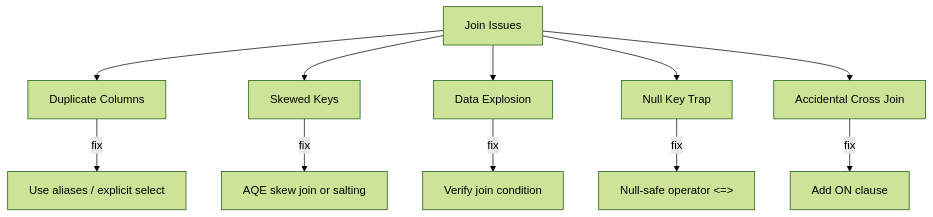
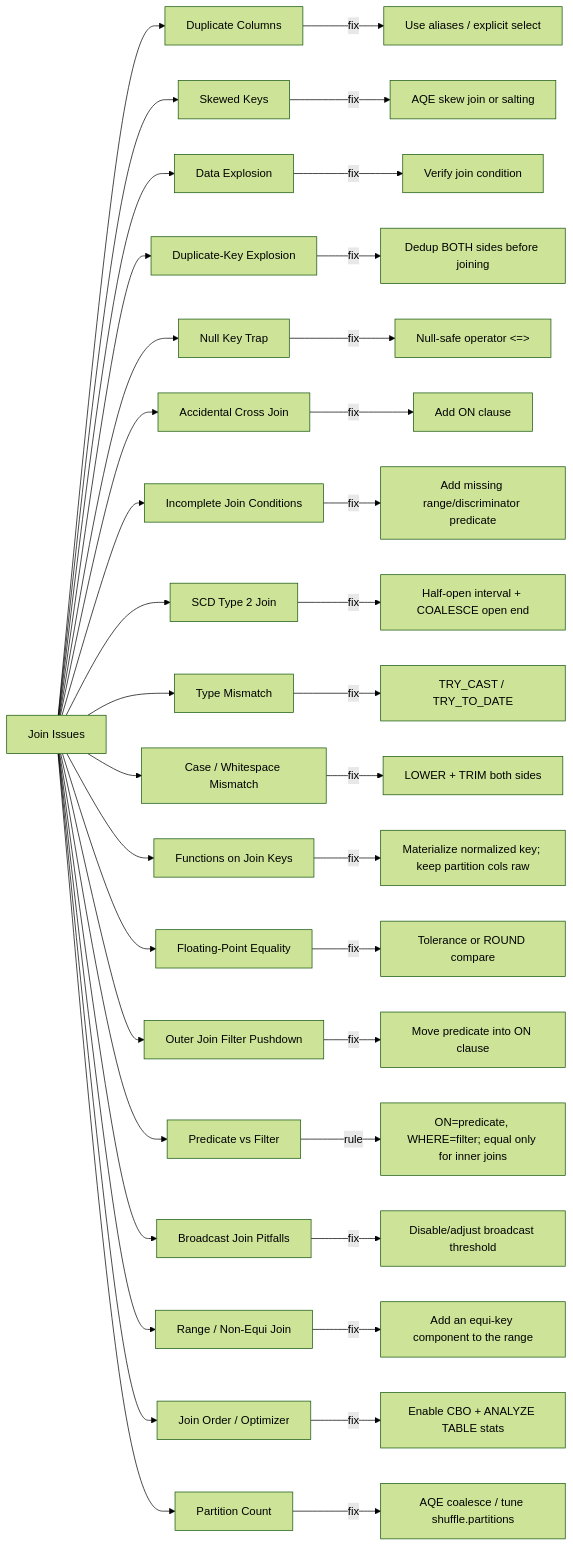
One commit to mahfooziiitian/spark-batch changed the diagram in spark-sql/docs/querying/joins/issues/index.md. Above: the diagram before and after it, drawn with Mermaid (forest theme). The commit also changed other lines of this file and 37 other files, not shown here.

First line of the commit message:
docs(joins): add join troubleshooting suite and enhance join type pages

````diff
--- a/spark-sql/docs/querying/joins/issues/index.md
+++ b/spark-sql/docs/querying/joins/issues/index.md
@@ -9,13 +16,39 @@
 ```mermaid
-graph TD
+graph LR
     I[Join Issues] --> DC[Duplicate Columns]
     I --> SK[Skewed Keys]
     I --> EX[Data Explosion]
+    I --> DK[Duplicate-Key Explosion]
     I --> NL[Null Key Trap]
     I --> XJ[Accidental Cross Join]
+    I --> IC[Incomplete Join Conditions]
+    I --> SCD[SCD Type 2 Join]
+    I --> TM[Type Mismatch]
+    I --> CW[Case / Whitespace Mismatch]
+    I --> FN[Functions on Join Keys]
+    I --> FP[Floating-Point Equality]
+    I --> OF[Outer Join Filter Pushdown]
+    I --> PF[Predicate vs Filter]
+    I --> BC[Broadcast Join Pitfalls]
+    I --> RJ[Range / Non-Equi Join]
+    I --> JO[Join Order / Optimizer]
+    I --> PC[Partition Count]
     DC -->|fix| AL[Use aliases / explicit select]
     SK -->|fix| AQE[AQE skew join or salting]
     EX -->|fix| CC[Verify join condition]
+    DK -->|fix| DB[Dedup BOTH sides before joining]
     NL -->|fix| NS[Null-safe operator <=>]
     XJ -->|fix| ON[Add ON clause]
+    IC -->|fix| RNG[Add missing range/discriminator predicate]
+    SCD -->|fix| HO["Half-open interval + COALESCE open end"]
+    TM -->|fix| TC[TRY_CAST / TRY_TO_DATE]
+    CW -->|fix| LT[LOWER + TRIM both sides]
+    FN -->|fix| MK[Materialize normalized key; keep partition cols raw]
+    FP -->|fix| TOL[Tolerance or ROUND compare]
+    OF -->|fix| MOC[Move predicate into ON clause]
+    PF -->|rule| RULE["ON=predicate, WHERE=filter; equal only for inner joins"]
+    BC -->|fix| DIS[Disable/adjust broadcast threshold]
+    RJ -->|fix| EQ[Add an equi-key component to the range]
+    JO -->|fix| STATS[Enable CBO + ANALYZE TABLE stats]
+    PC -->|fix| AQEC[AQE coalesce / tune shuffle.partitions]
 ```
````
